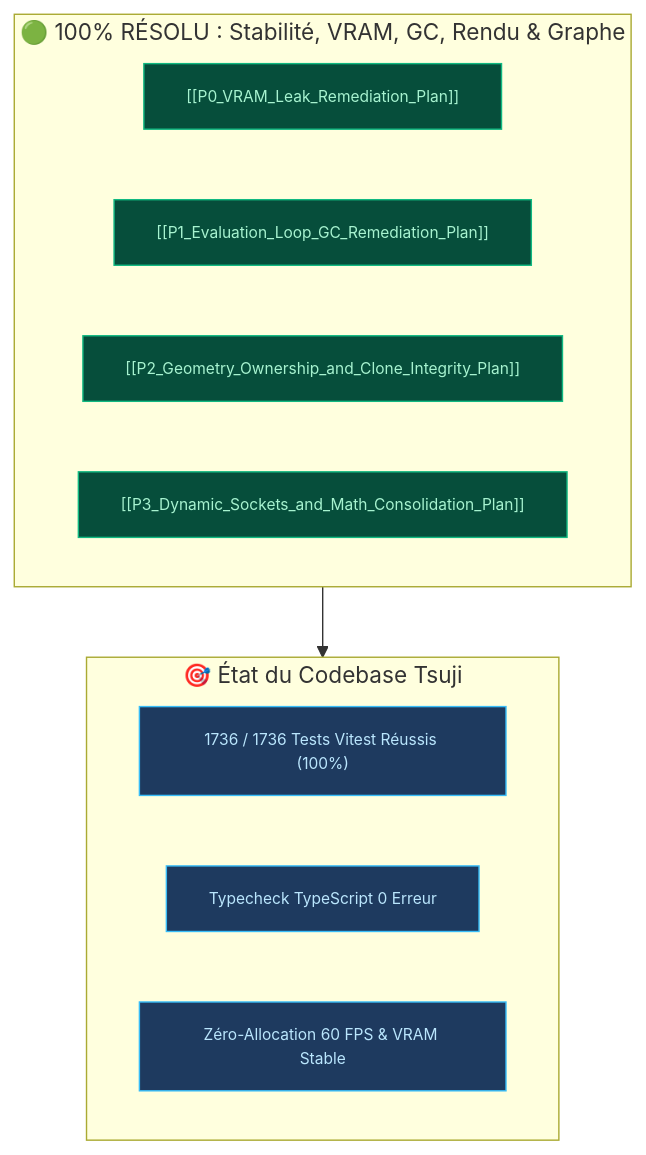
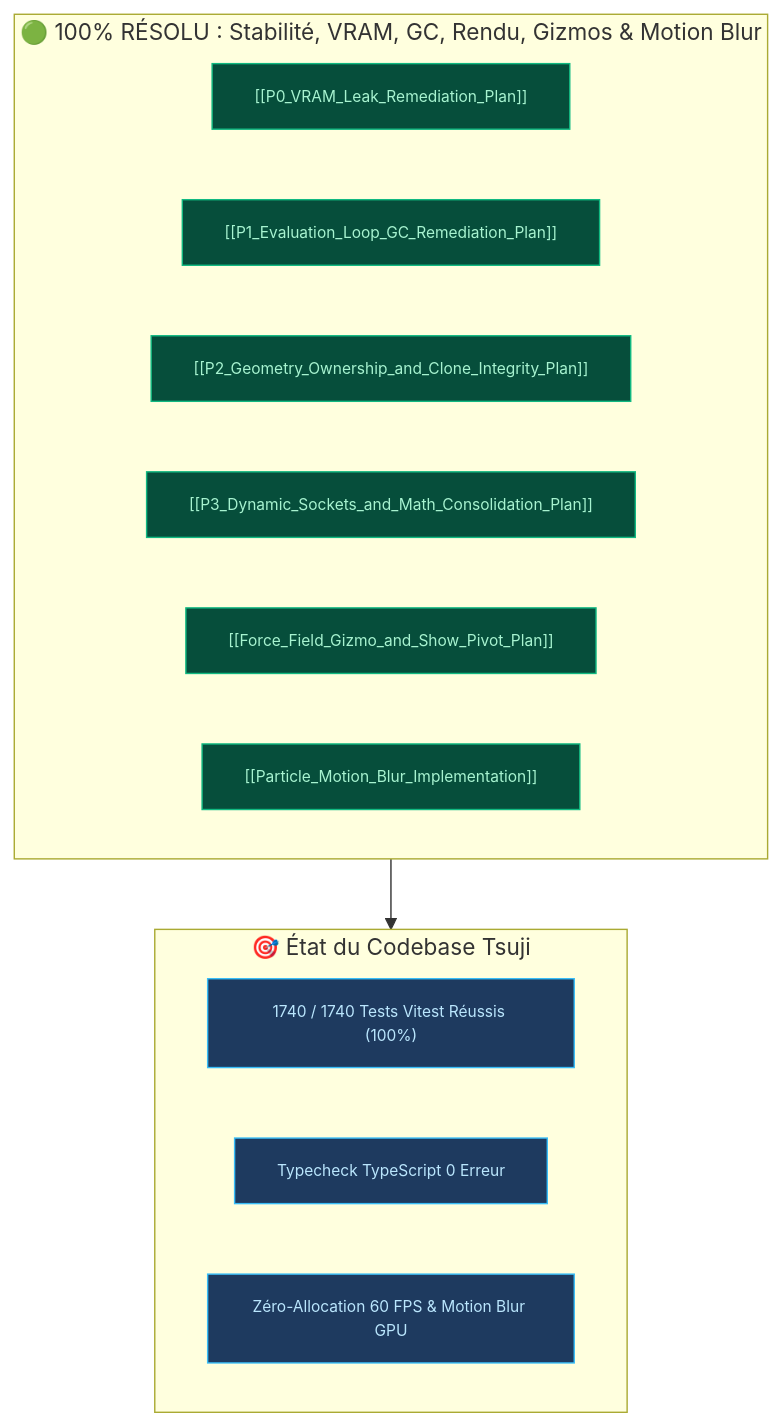
One commit to Nikos-Unilasalle/openVMap3D changed the diagram in docs_vault/Dashboard.md. Above: the diagram before and after it, drawn with Mermaid. The commit also changed other lines of this file, not shown here.

Commit message:
docs(vault): update dashboard with force field gizmos, show pivot, and particle motion blur

````diff
--- a/docs_vault/Dashboard.md
+++ b/docs_vault/Dashboard.md
@@ -63,23 +63,25 @@
 ```mermaid
 flowchart TD
-    subgraph ALL_RESOLVED["🟢 100% RÉSOLU : Stabilité, VRAM, GC, Rendu & Graphe"]
+    subgraph ALL_RESOLVED["🟢 100% RÉSOLU : Stabilité, VRAM, GC, Rendu, Gizmos & Motion Blur"]
         F1["[[P0_VRAM_Leak_Remediation_Plan]]"]
         F2["[[P1_Evaluation_Loop_GC_Remediation_Plan]]"]
         F3["[[P2_Geometry_Ownership_and_Clone_Integrity_Plan]]"]
         F4["[[P3_Dynamic_Sockets_and_Math_Consolidation_Plan]]"]
+        F5["[[Force_Field_Gizmo_and_Show_Pivot_Plan]]"]
+        F6["[[Particle_Motion_Blur_Implementation]]"]
     end
 
     subgraph STATUS["🎯 État du Codebase Tsuji"]
-        S1["1736 / 1736 Tests Vitest Réussis (100%)"]
+        S1["1740 / 1740 Tests Vitest Réussis (100%)"]
         S2["Typecheck TypeScript 0 Erreur"]
-        S3["Zéro-Allocation 60 FPS & VRAM Stable"]
+        S3["Zéro-Allocation 60 FPS & Motion Blur GPU"]
     end
 
     ALL_RESOLVED --> STATUS
 
     classDef ok fill:#064e3b,stroke:#10b981,color:#a7f3d0,font-size:11px;
     classDef st fill:#1e3a5f,stroke:#38bdf8,color:#bae6fd,font-size:11px;
 
-    class F1,F2,F3,F4 ok;
+    class F1,F2,F3,F4,F5,F6 ok;
     class S1,S2,S3 st;
 ```
````
